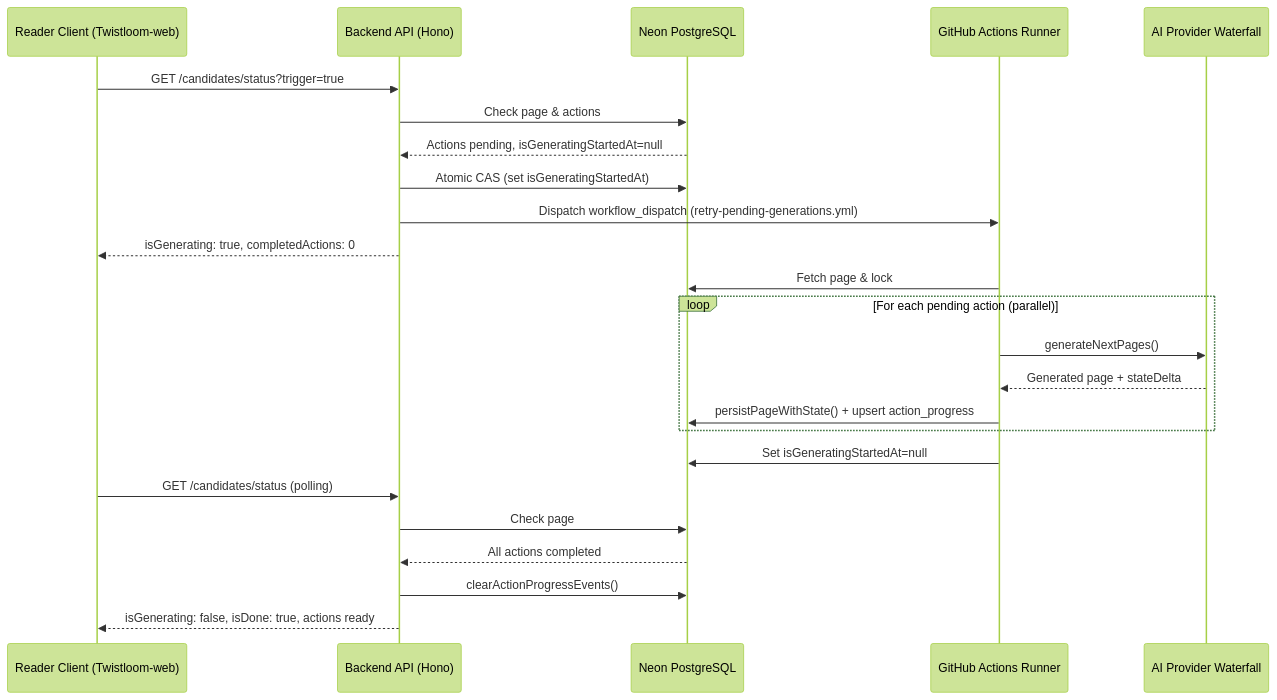
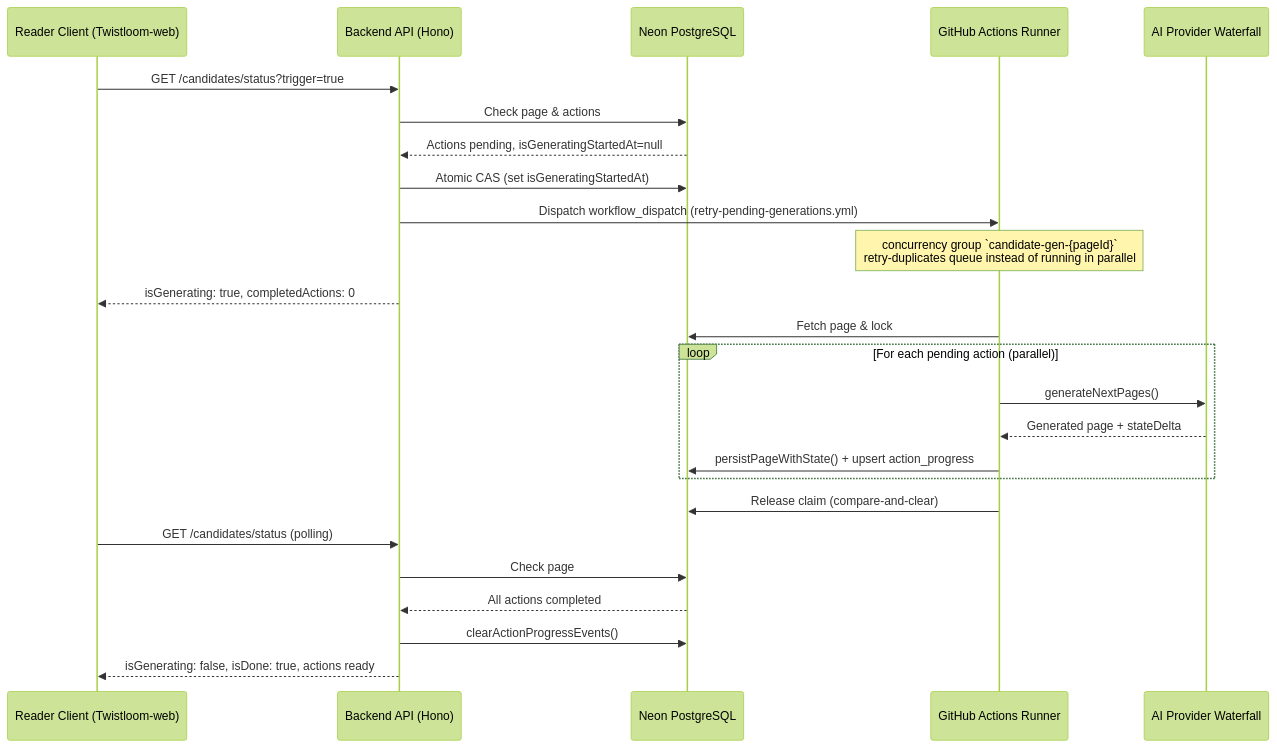
The second of 3 diagrams in docs/architecture/ASYNC_CANDIDATE_GENERATION_ARCHITECTURE.md (txufiknr/Twistloom-backend), drawn with Mermaid (forest theme) before and after one commit. The commit also changed other lines of this file and 5 other files, not shown here.

Commit message:
fix(candidate): generation claim release retry

````diff
--- a/docs/architecture/ASYNC_CANDIDATE_GENERATION_ARCHITECTURE.md
+++ b/docs/architecture/ASYNC_CANDIDATE_GENERATION_ARCHITECTURE.md
@@ -366,27 +418,28 @@
 ```mermaid
 sequenceDiagram
     participant R as Reader Client (Twistloom-web)
     participant API as Backend API (Hono)
     participant DB as Neon PostgreSQL
     participant GHA as GitHub Actions Runner
     participant AI as AI Provider Waterfall
 
     R->>API: GET /candidates/status?trigger=true
     API->>DB: Check page & actions
     DB-->>API: Actions pending, isGeneratingStartedAt=null
     API->>DB: Atomic CAS (set isGeneratingStartedAt)
     API->>GHA: Dispatch workflow_dispatch (retry-pending-generations.yml)
+    Note over GHA: concurrency group `candidate-gen-{pageId}`<br/>retry-duplicates queue instead of running in parallel
     API-->>R: isGenerating: true, completedActions: 0
     GHA->>DB: Fetch page & lock
     loop For each pending action (parallel)
         GHA->>AI: generateNextPages()
         AI-->>GHA: Generated page + stateDelta
         GHA->>DB: persistPageWithState() + upsert action_progress
     end
-    GHA->>DB: Set isGeneratingStartedAt=null
+    GHA->>DB: Release claim (compare-and-clear)
     R->>API: GET /candidates/status (polling)
     API->>DB: Check page
     DB-->>API: All actions completed
     API->>DB: clearActionProgressEvents()
     API-->>R: isGenerating: false, isDone: true, actions ready
 ```
````
